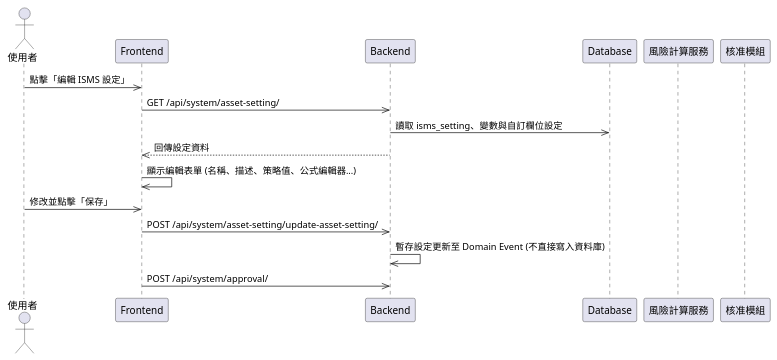
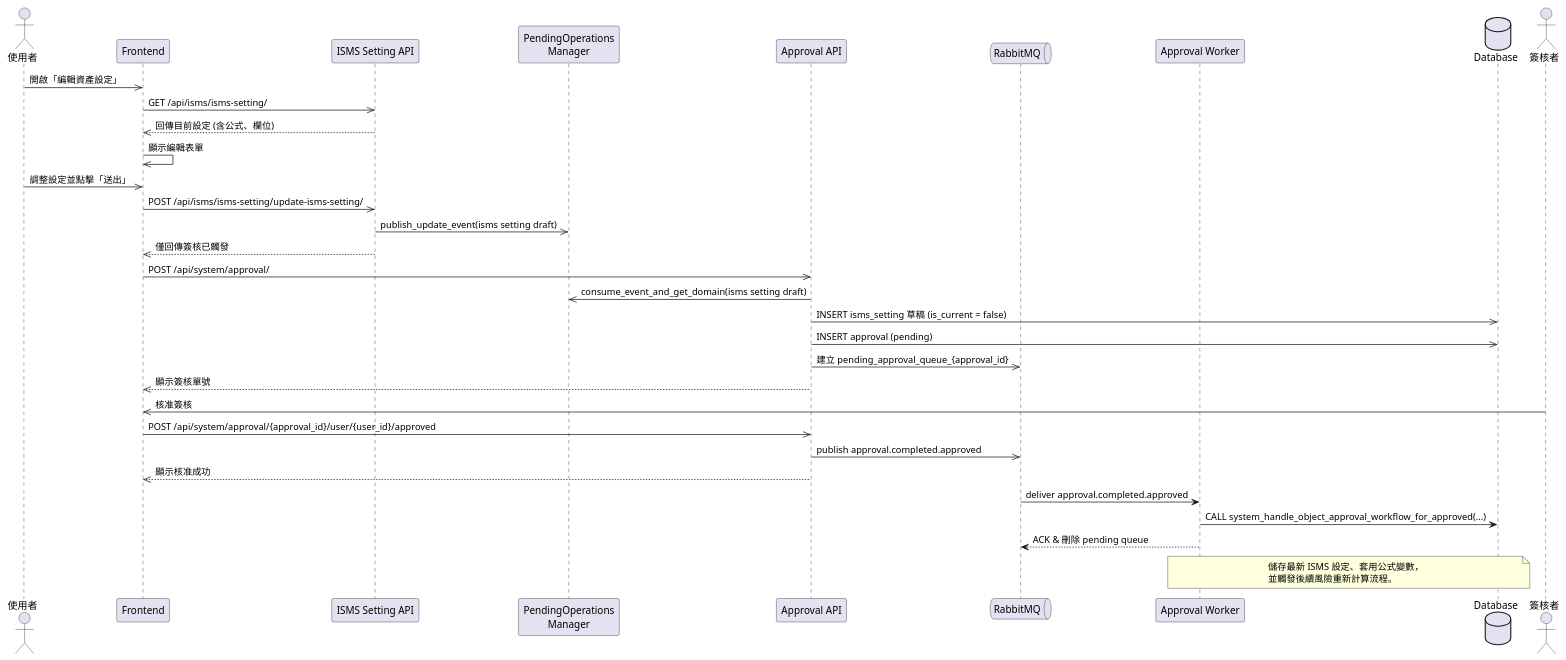
The diagram in plantUML/sequence/isms_setting_edit.puml (walle45611/NTUB_SecuManag_Diagram), drawn with PlantUML before and after one commit. The commit also changed 12 other files, not shown here.

Commit message:
feat: 更新多個流程圖，整合 AI 評估與核准流程，增強可讀性與結構

```diff
--- a/plantUML/sequence/isms_setting_edit.puml
+++ b/plantUML/sequence/isms_setting_edit.puml
@@ -1,19 +1,44 @@
 @startuml
 
 actor User as "使用者"
 participant Frontend
-participant Backend
-participant Database
-participant Service as "風險計算服務"
-participant Approval as "核准模組"
+participant "ISMS Setting API" as SettingAPI
+participant "PendingOperations\nManager" as POM
+participant "Approval API" as ApprovalAPI
+queue "RabbitMQ" as MQ
+participant "Approval Worker" as Worker
+database Database
 
-User ->> Frontend: 點擊「編輯 ISMS 設定」
-Frontend ->> Backend: GET /api/system/asset-setting/
-Backend ->> Database: 讀取 isms_setting、變數與自訂欄位設定
-Backend -->> Frontend: 回傳設定資料
-Frontend ->> Frontend: 顯示編輯表單 (名稱、描述、策略值、公式編輯器...)
-User ->> Frontend: 修改並點擊「保存」
-Frontend ->> Backend: POST /api/system/asset-setting/update-asset-setting/
-Backend ->> Backend: 暫存設定更新至 Domain Event (不直接寫入資料庫)
-Frontend ->> Backend: POST /api/system/approval/
+User ->> Frontend: 開啟「編輯資產設定」
+Frontend ->> SettingAPI: GET /api/isms/isms-setting/
+SettingAPI -->> Frontend: 回傳目前設定 (含公式、欄位)
+Frontend ->> Frontend: 顯示編輯表單
+
+User ->> Frontend: 調整設定並點擊「送出」
+Frontend ->> SettingAPI: POST /api/isms/isms-setting/update-isms-setting/
+SettingAPI ->> POM: publish_update_event(isms setting draft)
+SettingAPI -->> Frontend: 僅回傳簽核已觸發
+
+Frontend ->> ApprovalAPI: POST /api/system/approval/
+ApprovalAPI ->> POM: consume_event_and_get_domain(isms setting draft)
+ApprovalAPI ->> Database: INSERT isms_setting 草稿 (is_current = false)
+ApprovalAPI ->> Database: INSERT approval (pending)
+ApprovalAPI ->> MQ: 建立 pending_approval_queue_{approval_id}
+ApprovalAPI -->> Frontend: 顯示簽核單號
+
+actor Approver as "簽核者"
+Approver ->> Frontend: 核准簽核
+Frontend ->> ApprovalAPI: POST /api/system/approval/{approval_id}/user/{user_id}/approved
+ApprovalAPI ->> MQ: publish approval.completed.approved
+ApprovalAPI -->> Frontend: 顯示核准成功
+
+MQ -> Worker: deliver approval.completed.approved
+Worker -> Database: CALL system_handle_object_approval_workflow_for_approved(...)
+Worker --> MQ: ACK & 刪除 pending queue
+
+note over Worker, Database
+  儲存最新 ISMS 設定、套用公式變數，
+  並觸發後續風險重新計算流程。
+end note
+
 @enduml
```
